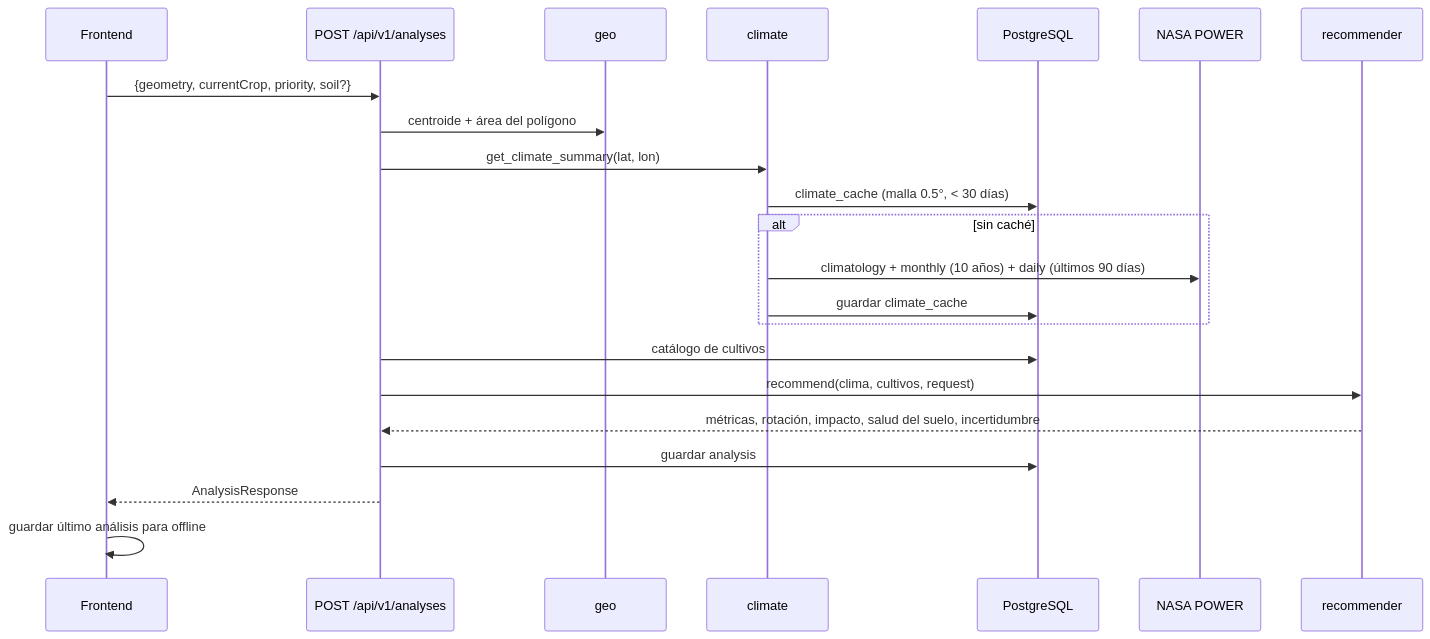
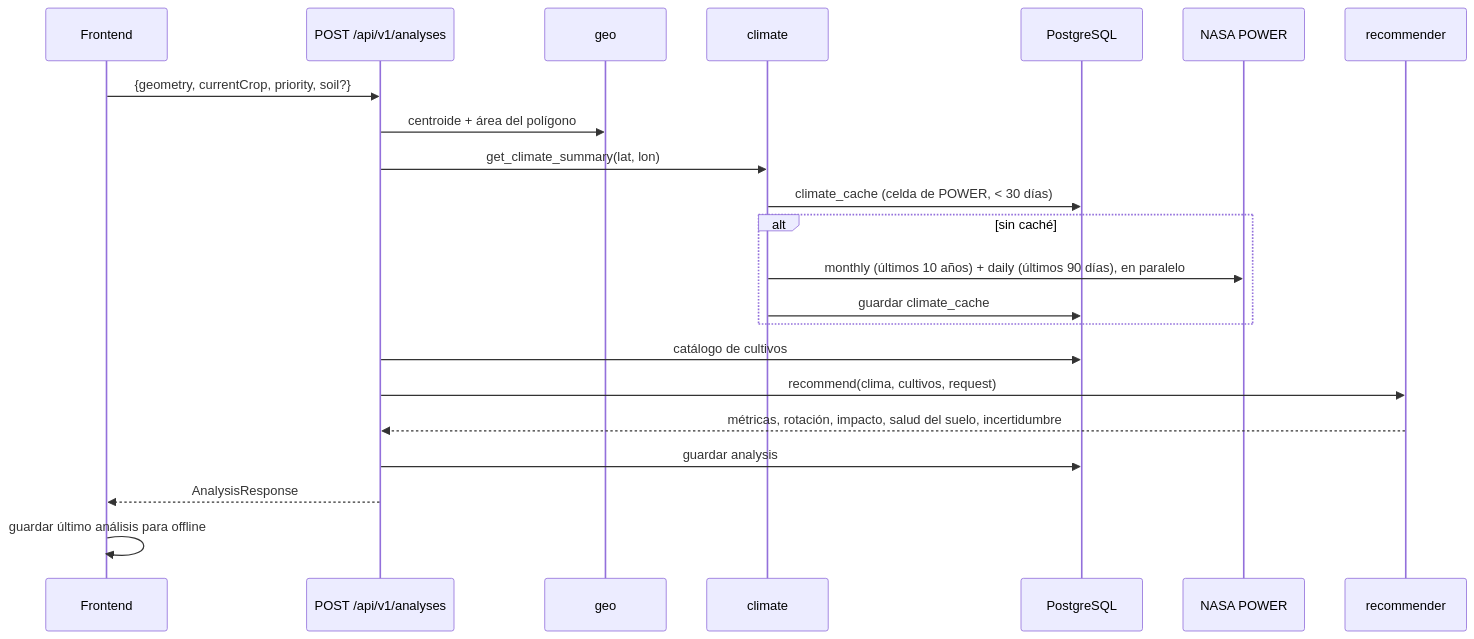
The second of 3 diagrams in docs/ARQUITECTURA.md (Maurongas/AgroBytes), drawn with Mermaid before and after one commit. The commit also changed other lines of this file and 19 other files, not shown here.

````diff
--- a/docs/ARQUITECTURA.md
+++ b/docs/ARQUITECTURA.md
@@ -65,25 +65,25 @@
 ```mermaid
 sequenceDiagram
     participant FE as Frontend
     participant API as POST /api/v1/analyses
     participant G as geo
     participant CS as climate
     participant DB as PostgreSQL
     participant N as NASA POWER
     participant R as recommender
 
     FE->>API: {geometry, currentCrop, priority, soil?}
     API->>G: centroide + área del polígono
     API->>CS: get_climate_summary(lat, lon)
-    CS->>DB: climate_cache (malla 0.5°, < 30 días)
+    CS->>DB: climate_cache (celda de POWER, < 30 días)
     alt sin caché
-        CS->>N: climatology + monthly (10 años) + daily (últimos 90 días)
+        CS->>N: monthly (últimos 10 años) + daily (últimos 90 días), en paralelo
         CS->>DB: guardar climate_cache
     end
     API->>DB: catálogo de cultivos
     API->>R: recommend(clima, cultivos, request)
     R-->>API: métricas, rotación, impacto, salud del suelo, incertidumbre
     API->>DB: guardar analysis
     API-->>FE: AnalysisResponse
     FE->>FE: guardar último análisis para offline
 ```
````
